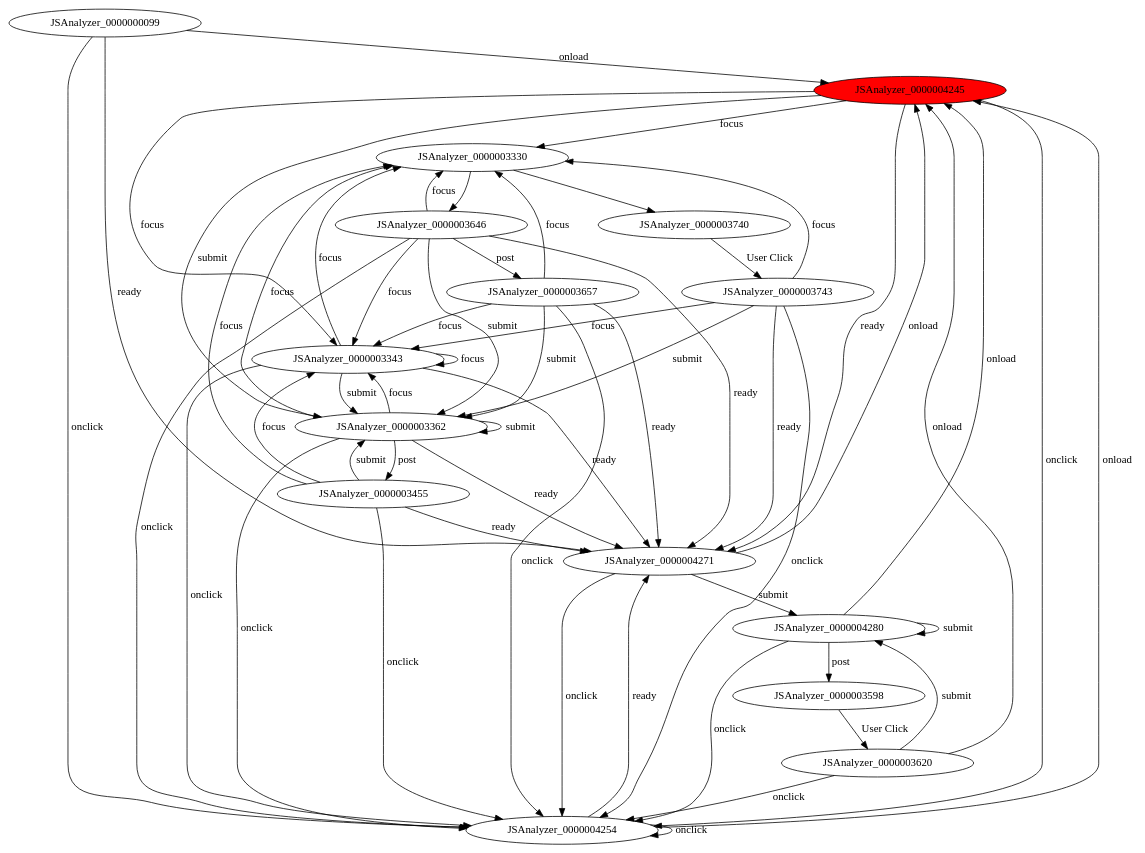
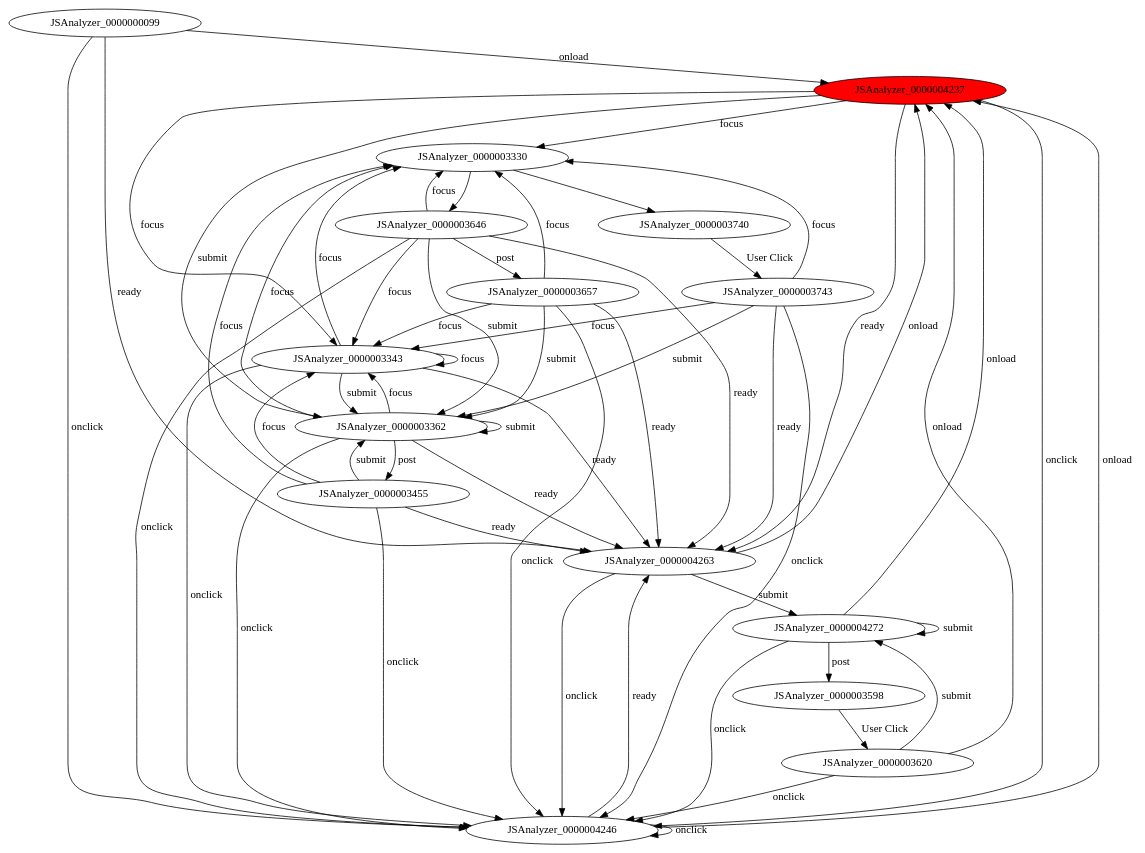
One commit to mzw/JSAnalyzer changed the diagram in projects/project/verify/counterexample/CS2020mError.spec.2.step.2.dot. Above: the diagram before and after it, drawn with Graphviz. The commit also changed 154 other files, not shown here.

```diff
--- a/projects/project/verify/counterexample/CS2020mError.spec.2.step.2.dot
+++ b/projects/project/verify/counterexample/CS2020mError.spec.2.step.2.dot
@@ -1,74 +1,74 @@
 digraph FSM {
 JSAnalyzer_0000000099 [];
 JSAnalyzer_0000003330 [];
 JSAnalyzer_0000003343 [];
 JSAnalyzer_0000003362 [];
 JSAnalyzer_0000003455 [];
 JSAnalyzer_0000003598 [];
 JSAnalyzer_0000003646 [];
 JSAnalyzer_0000003657 [];
 JSAnalyzer_0000003740 [];
-JSAnalyzer_0000004245 [style=filled,fillcolor=red];
-JSAnalyzer_0000004254 [];
-JSAnalyzer_0000004271 [];
-JSAnalyzer_0000004280 [];
+JSAnalyzer_0000004237 [style=filled,fillcolor=red];
+JSAnalyzer_0000004246 [];
+JSAnalyzer_0000004263 [];
+JSAnalyzer_0000004272 [];
 JSAnalyzer_0000003620 [];
 JSAnalyzer_0000003743 [];
 JSAnalyzer_0000003330 -> JSAnalyzer_0000003646 []
 JSAnalyzer_0000003330 -> JSAnalyzer_0000003740 []
-JSAnalyzer_0000000099 -> JSAnalyzer_0000004245 [label="onload"]
-JSAnalyzer_0000000099 -> JSAnalyzer_0000004254 [label="onclick"]
-JSAnalyzer_0000000099 -> JSAnalyzer_0000004271 [label="ready"]
+JSAnalyzer_0000000099 -> JSAnalyzer_0000004237 [label="onload"]
+JSAnalyzer_0000000099 -> JSAnalyzer_0000004246 [label="onclick"]
+JSAnalyzer_0000000099 -> JSAnalyzer_0000004263 [label="ready"]
 JSAnalyzer_0000003343 -> JSAnalyzer_0000003330 [label="focus"]
 JSAnalyzer_0000003343 -> JSAnalyzer_0000003343 [label="focus"]
 JSAnalyzer_0000003343 -> JSAnalyzer_0000003362 [label="submit"]
-JSAnalyzer_0000003343 -> JSAnalyzer_0000004254 [label="onclick"]
-JSAnalyzer_0000003343 -> JSAnalyzer_0000004271 [label="ready"]
+JSAnalyzer_0000003343 -> JSAnalyzer_0000004246 [label="onclick"]
+JSAnalyzer_0000003343 -> JSAnalyzer_0000004263 [label="ready"]
 JSAnalyzer_0000003362 -> JSAnalyzer_0000003455 [label="post"]
 JSAnalyzer_0000003362 -> JSAnalyzer_0000003330 [label="focus"]
 JSAnalyzer_0000003362 -> JSAnalyzer_0000003343 [label="focus"]
 JSAnalyzer_0000003362 -> JSAnalyzer_0000003362 [label="submit"]
-JSAnalyzer_0000003362 -> JSAnalyzer_0000004254 [label="onclick"]
-JSAnalyzer_0000003362 -> JSAnalyzer_0000004271 [label="ready"]
+JSAnalyzer_0000003362 -> JSAnalyzer_0000004246 [label="onclick"]
+JSAnalyzer_0000003362 -> JSAnalyzer_0000004263 [label="ready"]
 JSAnalyzer_0000003455 -> JSAnalyzer_0000003330 [label="focus"]
 JSAnalyzer_0000003455 -> JSAnalyzer_0000003343 [label="focus"]
 JSAnalyzer_0000003455 -> JSAnalyzer_0000003362 [label="submit"]
-JSAnalyzer_0000003455 -> JSAnalyzer_0000004254 [label="onclick"]
-JSAnalyzer_0000003455 -> JSAnalyzer_0000004271 [label="ready"]
+JSAnalyzer_0000003455 -> JSAnalyzer_0000004246 [label="onclick"]
+JSAnalyzer_0000003455 -> JSAnalyzer_0000004263 [label="ready"]
 JSAnalyzer_0000003598 -> JSAnalyzer_0000003620 [label="User Click"]
 JSAnalyzer_0000003646 -> JSAnalyzer_0000003657 [label="post"]
 JSAnalyzer_0000003646 -> JSAnalyzer_0000003330 [label="focus"]
 JSAnalyzer_0000003646 -> JSAnalyzer_0000003343 [label="focus"]
 JSAnalyzer_0000003646 -> JSAnalyzer_0000003362 [label="submit"]
-JSAnalyzer_0000003646 -> JSAnalyzer_0000004254 [label="onclick"]
-JSAnalyzer_0000003646 -> JSAnalyzer_0000004271 [label="ready"]
+JSAnalyzer_0000003646 -> JSAnalyzer_0000004246 [label="onclick"]
+JSAnalyzer_0000003646 -> JSAnalyzer_0000004263 [label="ready"]
 JSAnalyzer_0000003657 -> JSAnalyzer_0000003330 [label="focus"]
 JSAnalyzer_0000003657 -> JSAnalyzer_0000003343 [label="focus"]
 JSAnalyzer_0000003657 -> JSAnalyzer_0000003362 [label="submit"]
-JSAnalyzer_0000003657 -> JSAnalyzer_0000004254 [label="onclick"]
-JSAnalyzer_0000003657 -> JSAnalyzer_0000004271 [label="ready"]
+JSAnalyzer_0000003657 -> JSAnalyzer_0000004246 [label="onclick"]
+JSAnalyzer_0000003657 -> JSAnalyzer_0000004263 [label="ready"]
 JSAnalyzer_0000003740 -> JSAnalyzer_0000003743 [label="User Click"]
-JSAnalyzer_0000004245 -> JSAnalyzer_0000003330 [label="focus"]
-JSAnalyzer_0000004245 -> JSAnalyzer_0000003343 [label="focus"]
-JSAnalyzer_0000004245 -> JSAnalyzer_0000003362 [label="submit"]
-JSAnalyzer_0000004245 -> JSAnalyzer_0000004254 [label="onclick"]
-JSAnalyzer_0000004245 -> JSAnalyzer_0000004271 [label="ready"]
-JSAnalyzer_0000004254 -> JSAnalyzer_0000004245 [label="onload"]
-JSAnalyzer_0000004254 -> JSAnalyzer_0000004254 [label="onclick"]
-JSAnalyzer_0000004254 -> JSAnalyzer_0000004271 [label="ready"]
-JSAnalyzer_0000004271 -> JSAnalyzer_0000004280 [label="submit"]
-JSAnalyzer_0000004271 -> JSAnalyzer_0000004245 [label="onload"]
-JSAnalyzer_0000004271 -> JSAnalyzer_0000004254 [label="onclick"]
-JSAnalyzer_0000004280 -> JSAnalyzer_0000003598 [label="post"]
-JSAnalyzer_0000004280 -> JSAnalyzer_0000004280 [label="submit"]
-JSAnalyzer_0000004280 -> JSAnalyzer_0000004245 [label="onload"]
-JSAnalyzer_0000004280 -> JSAnalyzer_0000004254 [label="onclick"]
-JSAnalyzer_0000003620 -> JSAnalyzer_0000004280 [label="submit"]
-JSAnalyzer_0000003620 -> JSAnalyzer_0000004245 [label="onload"]
-JSAnalyzer_0000003620 -> JSAnalyzer_0000004254 [label="onclick"]
+JSAnalyzer_0000004237 -> JSAnalyzer_0000003330 [label="focus"]
+JSAnalyzer_0000004237 -> JSAnalyzer_0000003343 [label="focus"]
+JSAnalyzer_0000004237 -> JSAnalyzer_0000003362 [label="submit"]
+JSAnalyzer_0000004237 -> JSAnalyzer_0000004246 [label="onclick"]
+JSAnalyzer_0000004237 -> JSAnalyzer_0000004263 [label="ready"]
+JSAnalyzer_0000004246 -> JSAnalyzer_0000004237 [label="onload"]
+JSAnalyzer_0000004246 -> JSAnalyzer_0000004246 [label="onclick"]
+JSAnalyzer_0000004246 -> JSAnalyzer_0000004263 [label="ready"]
+JSAnalyzer_0000004263 -> JSAnalyzer_0000004272 [label="submit"]
+JSAnalyzer_0000004263 -> JSAnalyzer_0000004237 [label="onload"]
+JSAnalyzer_0000004263 -> JSAnalyzer_0000004246 [label="onclick"]
+JSAnalyzer_0000004272 -> JSAnalyzer_0000003598 [label="post"]
+JSAnalyzer_0000004272 -> JSAnalyzer_0000004272 [label="submit"]
+JSAnalyzer_0000004272 -> JSAnalyzer_0000004237 [label="onload"]
+JSAnalyzer_0000004272 -> JSAnalyzer_0000004246 [label="onclick"]
+JSAnalyzer_0000003620 -> JSAnalyzer_0000004272 [label="submit"]
+JSAnalyzer_0000003620 -> JSAnalyzer_0000004237 [label="onload"]
+JSAnalyzer_0000003620 -> JSAnalyzer_0000004246 [label="onclick"]
 JSAnalyzer_0000003743 -> JSAnalyzer_0000003330 [label="focus"]
 JSAnalyzer_0000003743 -> JSAnalyzer_0000003343 [label="focus"]
 JSAnalyzer_0000003743 -> JSAnalyzer_0000003362 [label="submit"]
-JSAnalyzer_0000003743 -> JSAnalyzer_0000004254 [label="onclick"]
-JSAnalyzer_0000003743 -> JSAnalyzer_0000004271 [label="ready"]
+JSAnalyzer_0000003743 -> JSAnalyzer_0000004246 [label="onclick"]
+JSAnalyzer_0000003743 -> JSAnalyzer_0000004263 [label="ready"]
 }
```
